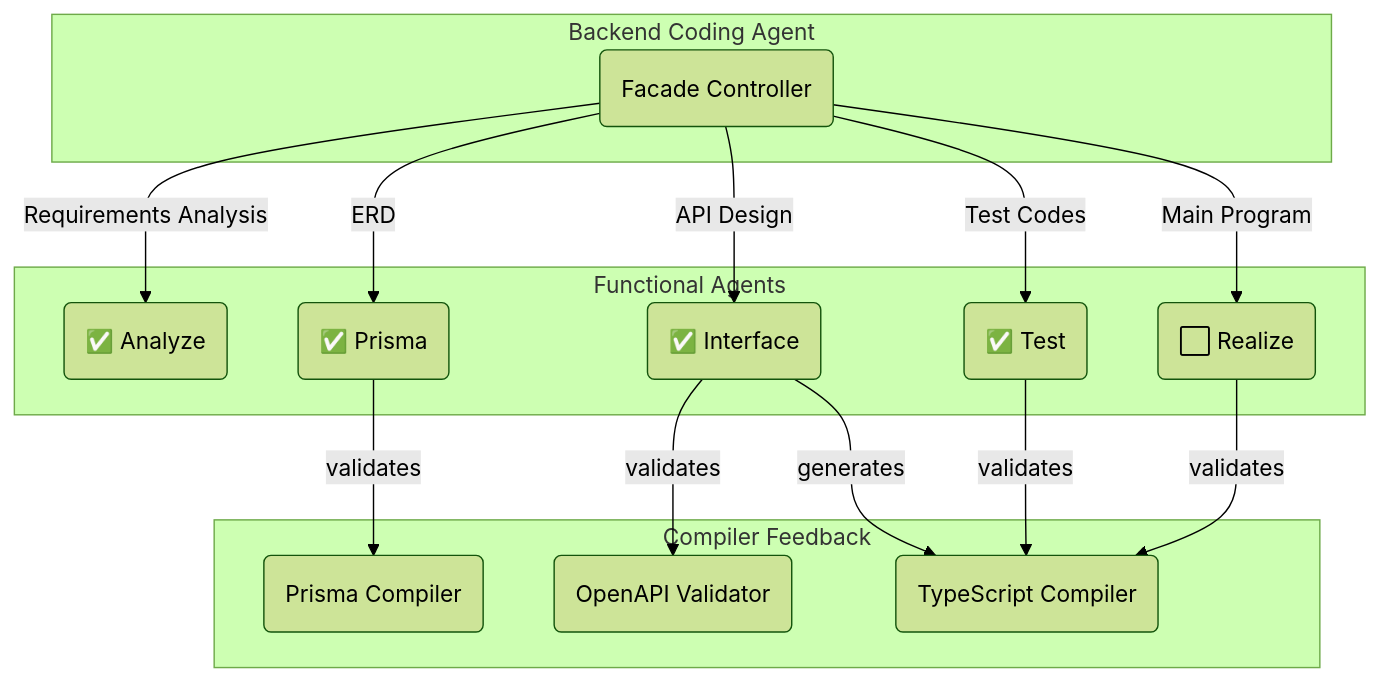
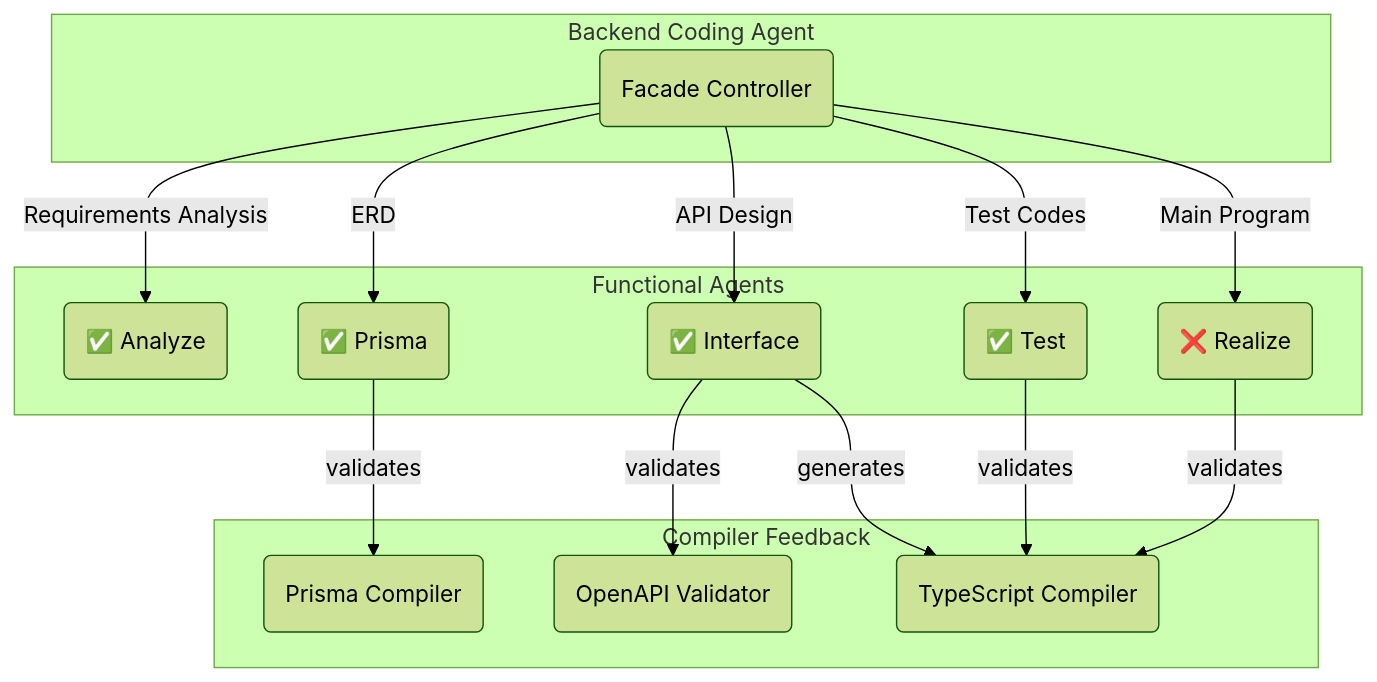
The diagram in qwen/qwen3-next-80b-a3b-instruct/reddit/README.md (wrtnlabs/autobe-examples), drawn with Mermaid (forest theme) before and after one commit. The commit also changed other lines of this file and 7173 other files, not shown here.

````diff
--- a/qwen/qwen3-next-80b-a3b-instruct/reddit/README.md
+++ b/qwen/qwen3-next-80b-a3b-instruct/reddit/README.md
@@ -14,20 +14,20 @@
 ```mermaid
 flowchart
 subgraph "Backend Coding Agent"
   coder("Facade Controller")
 end
 subgraph "Functional Agents"
   coder --"Requirements Analysis"--> analyze("✅ Analyze")
   coder --"ERD"--> prisma("✅ Prisma")
   coder --"API Design"--> interface("✅ Interface")
   coder --"Test Codes" --> test("✅ Test")
-  coder --"Main Program" --> realize("⬜ Realize")
+  coder --"Main Program" --> realize("❌ Realize")
 end
 subgraph "Compiler Feedback"
   prisma --"validates" --> prismaCompiler("Prisma Compiler")
   interface --"validates" --> openapiValidator("OpenAPI Validator")
   interface --"generates" --> tsCompiler("TypeScript Compiler")
   test --"validates" --> tsCompiler("TypeScript Compiler")
   realize --"validates" --> tsCompiler("TypeScript Compiler")
 end
 ```
````
